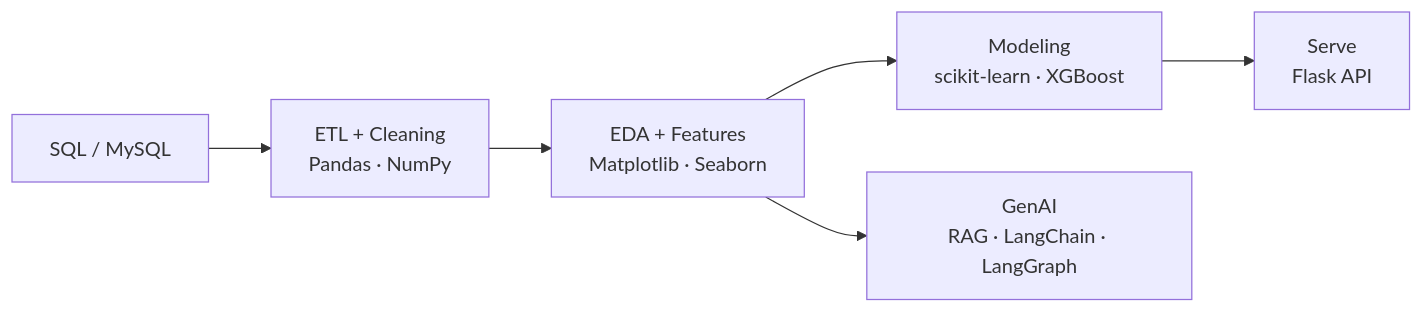
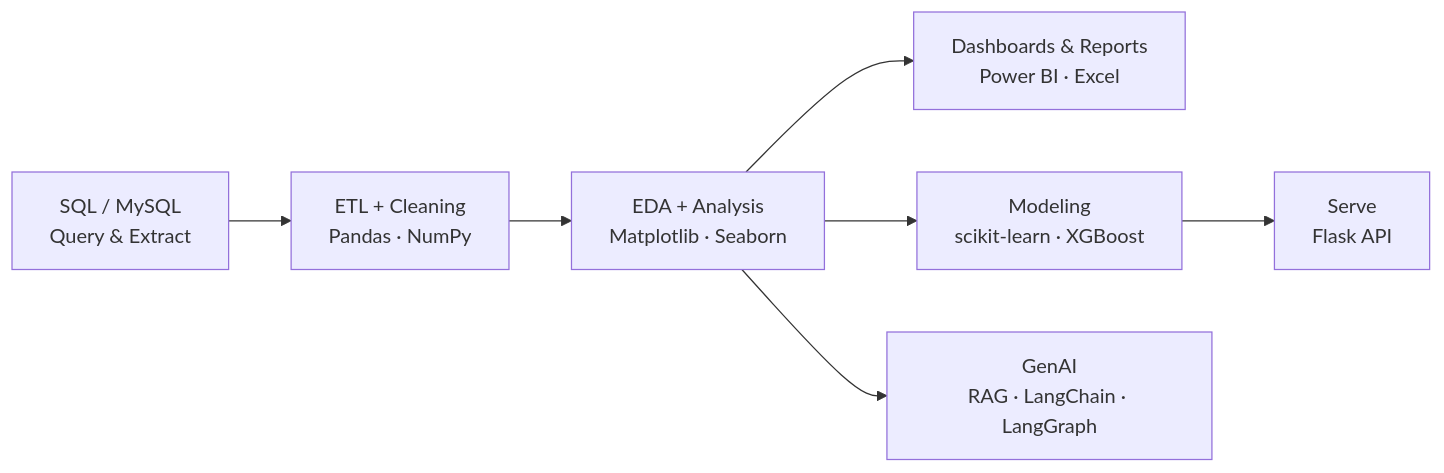
The diagram in README.md (prajwalghotkar/prajwalghotkar), drawn with Mermaid before and after one commit. The commit also changed other lines of this file, not shown here.

````diff
--- a/README.md
+++ b/README.md
@@ -98,8 +92,9 @@
 ```mermaid
 flowchart LR
-    A[ SQL / MySQL] --> B[ ETL + Cleaning<br/>Pandas · NumPy]
-    B --> C[ EDA + Features<br/>Matplotlib · Seaborn]
-    C --> D[ Modeling<br/>scikit-learn · XGBoost]
-    D --> E[ Serve<br/>Flask API]
-    C --> F[ GenAI<br/>RAG · LangChain · LangGraph]
+    A[SQL / MySQL<br/>Query & Extract] --> B[ETL + Cleaning<br/>Pandas · NumPy]
+    B --> C[EDA + Analysis<br/>Matplotlib · Seaborn]
+    C --> D[Dashboards & Reports<br/>Power BI · Excel]
+    C --> E[Modeling<br/>scikit-learn · XGBoost]
+    E --> F[Serve<br/>Flask API]
+    C --> G[GenAI<br/>RAG · LangChain · LangGraph]
 ```
````
